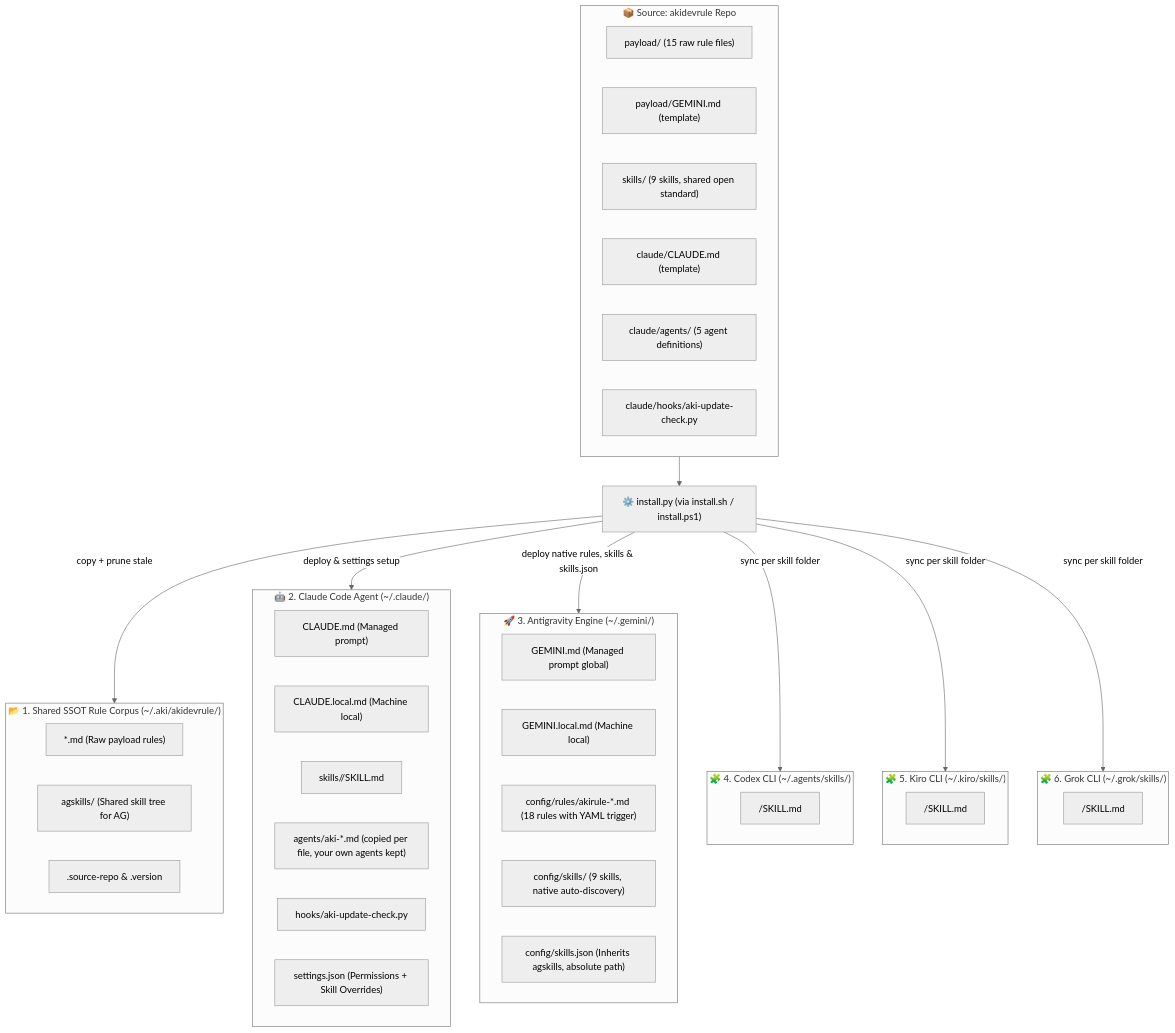
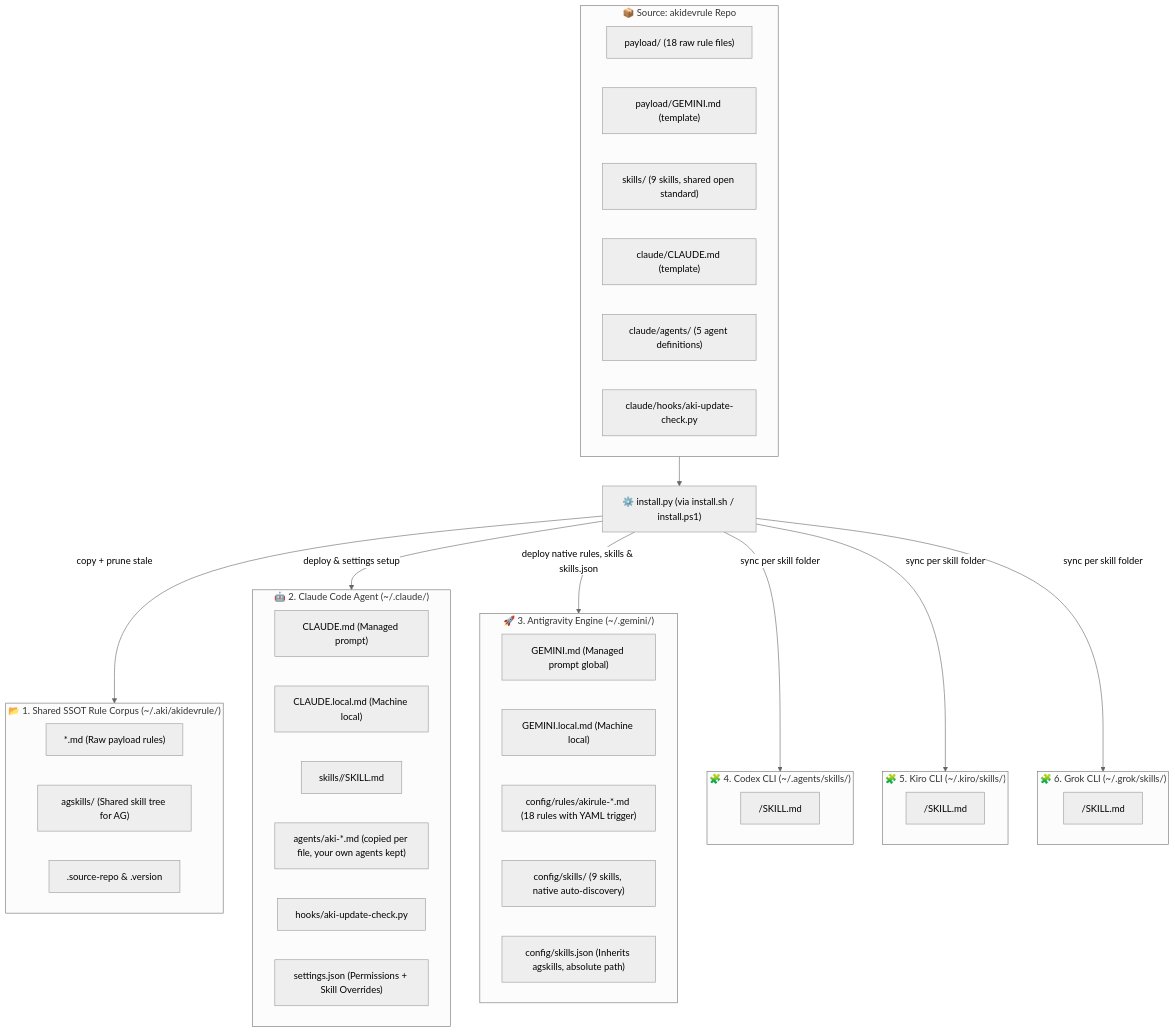
One commit to QuachGia1994/akidevrule changed the diagram in README.md. Above: the diagram before and after it, drawn with Mermaid (neutral theme). The commit also changed other lines of this file and 9 other files, not shown here.

````diff
--- a/README.md
+++ b/README.md
@@ -178,58 +179,58 @@
 ```mermaid
 flowchart TD
     subgraph SRC["📦 Source: akidevrule Repo"]
-        PAYLOAD["payload/ (15 raw rule files)"]
+        PAYLOAD["payload/ (18 raw rule files)"]
         PGEMINI["payload/GEMINI.md (template)"]
         CSKILLS["skills/ (9 skills, shared open standard)"]
         CCLAUDE["claude/CLAUDE.md (template)"]
         CAGENTS["claude/agents/ (5 agent definitions)"]
         CHOOKS["claude/hooks/aki-update-check.py"]
     end
 
     INSTALL["⚙️ install.py (via install.sh / install.ps1)"]
     SRC --> INSTALL
 
     %% TARGET 1: ~/.aki/akidevrule/
     subgraph T1["📂 1. Shared SSOT Rule Corpus (~/.aki/akidevrule/)"]
         R_CORPUS["*.md (Raw payload rules)"]
         R_AGSKILLS["agskills/ (Shared skill tree for AG)"]
         R_META[".source-repo & .version"]
     end
 
     %% TARGET 2: ~/.claude/
     subgraph T2["🤖 2. Claude Code Agent (~/.claude/)"]
         C_MD["CLAUDE.md (Managed prompt)"]
         C_LOCAL["CLAUDE.local.md (Machine local)"]
         C_SKILLS["skills/<skill_name>/SKILL.md"]
         C_AGENTS["agents/aki-*.md (copied per file, your own agents kept)"]
         C_HOOKS["hooks/aki-update-check.py"]
         C_SET["settings.json (Permissions + Skill Overrides)"]
     end
 
     %% TARGET 3: ~/.gemini/
     subgraph T3["🚀 3. Antigravity Engine (~/.gemini/)"]
         G_MD["GEMINI.md (Managed prompt global)"]
         G_LOCAL["GEMINI.local.md (Machine local)"]
         G_RULES["config/rules/akirule-*.md (18 rules with YAML trigger)"]
         G_SKILLS["config/skills/ (9 skills, native auto-discovery)"]
         G_SJSON["config/skills.json (Inherits agskills, absolute path)"]
     end
 
     %% TARGETS 4-6: other CLIs that natively consume the SKILL.md standard
     subgraph T4["🧩 4. Codex CLI (~/.agents/skills/)"]
         X_SKILLS["<skill_name>/SKILL.md"]
     end
     subgraph T5["🧩 5. Kiro CLI (~/.kiro/skills/)"]
         K_SKILLS["<skill_name>/SKILL.md"]
     end
     subgraph T6["🧩 6. Grok CLI (~/.grok/skills/)"]
         R_SKILLS["<skill_name>/SKILL.md"]
     end
 
     INSTALL -->|"copy + prune stale"| T1
     INSTALL -->|"deploy & settings setup"| T2
     INSTALL -->|"deploy native rules, skills & skills.json"| T3
     INSTALL -->|"sync per skill folder"| T4
     INSTALL -->|"sync per skill folder"| T5
     INSTALL -->|"sync per skill folder"| T6
 ```
````
